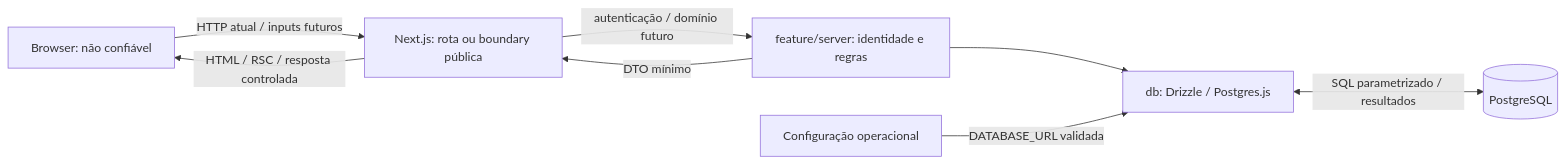
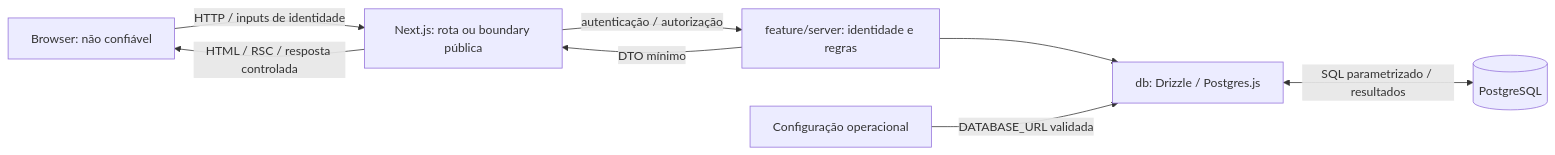
Before and after one commit to joaoapassos/guardian-bay: the diagram in docs/architecture/threat-model.md, drawn with Mermaid. The commit also changed other lines of this file and 2 other files, not shown here.

````diff
--- a/docs/architecture/threat-model.md
+++ b/docs/architecture/threat-model.md
@@ -29,10 +29,10 @@
 ```mermaid
 flowchart LR
-    Browser["Browser: não confiável"] -->|"HTTP atual / inputs futuros"| Next["Next.js: rota ou boundary pública"]
-    Next -->|"autenticação / domínio futuro"| Feature["feature/server: identidade e regras"]
+    Browser["Browser: não confiável"] -->|"HTTP / inputs de identidade"| Next["Next.js: rota ou boundary pública"]
+    Next -->|"autenticação / autorização"| Feature["feature/server: identidade e regras"]
     Feature --> DB["db: Drizzle / Postgres.js"]
     DB <-->|"SQL parametrizado / resultados"| PG[(PostgreSQL)]
     Feature -->|"DTO mínimo"| Next
     Next -->|"HTML / RSC / resposta controlada"| Browser
     Config["Configuração operacional"] -->|"DATABASE_URL validada"| DB
 ```
````
